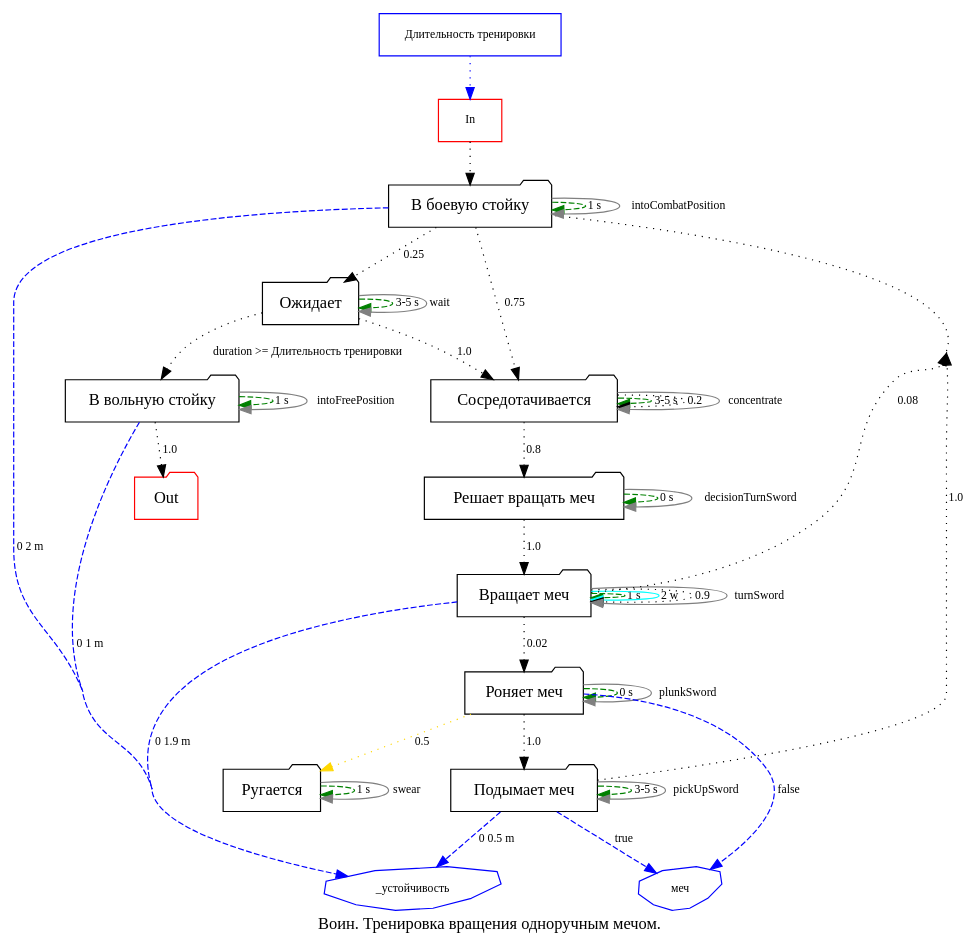
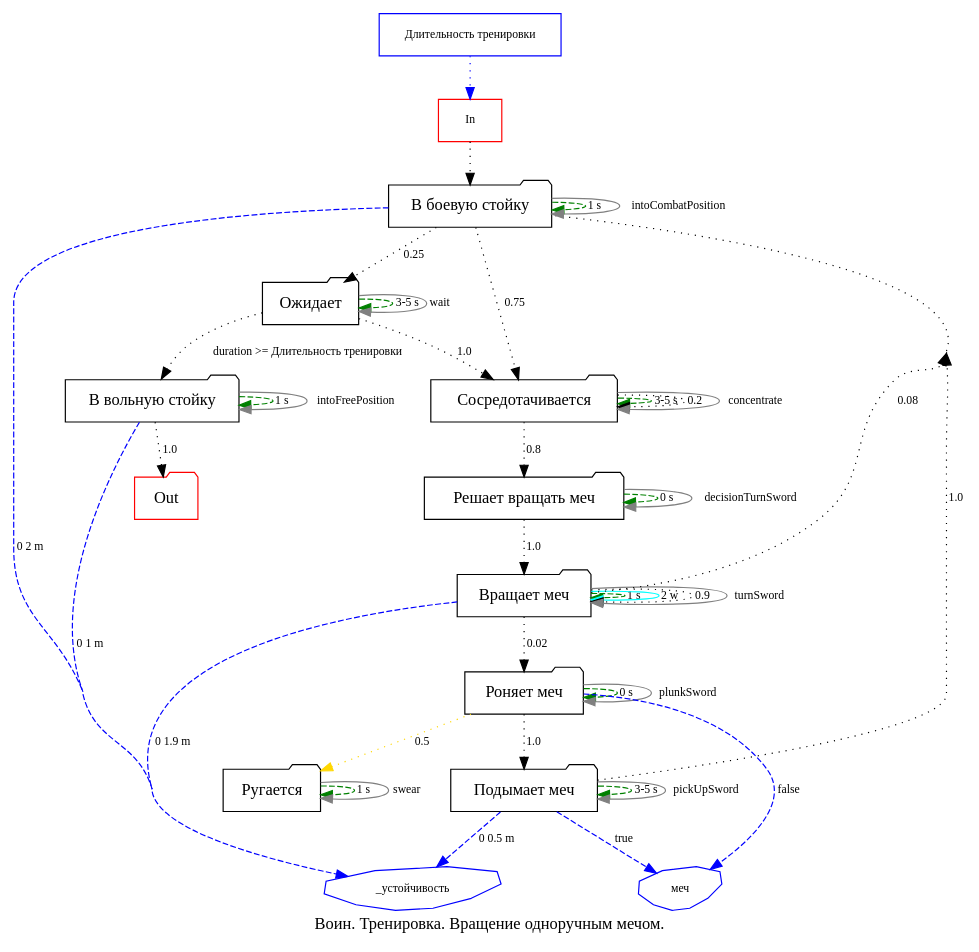
The diagram in battleground/include/world/kind/warrior/training/single-sword/turn/strategy.gv (savdalion/battleground), drawn with Graphviz before and after one commit. The commit also changed 5032 other files, not shown here.

```diff
--- a/battleground/include/world/kind/warrior/training/single-sword/turn/strategy.gv
+++ b/battleground/include/world/kind/warrior/training/single-sword/turn/strategy.gv
@@ -17,7 +17,7 @@
 //   декларированные для элемента - своеобразная память (шина памяти).
 digraph Strategy {
 
-label = "Воин. Тренировка вращения одноручным мечом.";
+label = "Воин. Тренировка. Вращение одноручным мечом.";
 
 
 color = "lightgrey";
@@ -277,12 +277,11 @@
 
     edge [ color = "gray" ];
 
-
     // перечисляем все действия этой стратегии
+    "В боевую стойку"    -> "В боевую стойку"    [ label = "intoCombatPosition" ];
+    "В вольную стойку"   -> "В вольную стойку"   [ label = "intoFreePosition" ];
     "Вращает меч"        -> "Вращает меч"        [ label = "turnSword" ];
     "Ожидает"            -> "Ожидает"            [ label = "wait" ];
-    "В боевую стойку"    -> "В боевую стойку"    [ label = "intoCombatPosition" ];
-    "В вольную стойку"   -> "В вольную стойку"   [ label = "intoFreePosition" ];
     "Подымает меч"       -> "Подымает меч"       [ label = "pickUpSword" ];
     "Решает вращать меч" -> "Решает вращать меч" [ label = "decisionTurnSword" ];
     "Роняет меч"         -> "Роняет меч"         [ label = "plunkSword" ];
```
